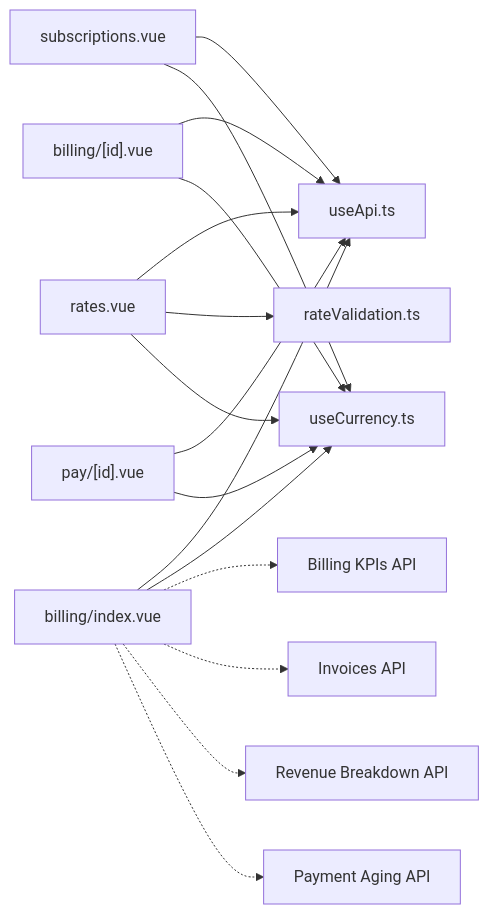
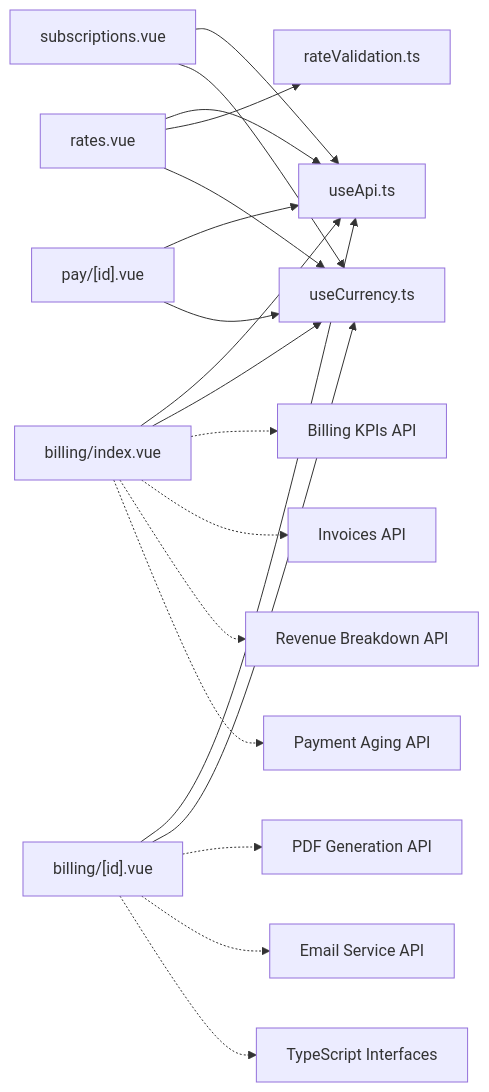
Before and after one commit to Lazynerd-Studios/lacarte-atlas-console: the fourth of 4 diagrams in .qoder/repowiki/en/content/Business Modules/Billing & Subscriptions.md, drawn with Mermaid. The commit also changed other lines of this file and 14 other files, not shown here.

````diff
--- a/.qoder/repowiki/en/content/Business Modules/Billing & Subscriptions.md
+++ b/.qoder/repowiki/en/content/Business Modules/Billing & Subscriptions.md
@@ -319,18 +356,21 @@
 ```mermaid
 graph LR
 SubPlans["subscriptions.vue"] --> Api["useApi.ts"]
 Rates["rates.vue"] --> Api
 Billing["billing/index.vue"] --> Api
 InvoiceDetail["billing/[id].vue"] --> Api
 PayPortal["pay/[id].vue"] --> Api
 Rates --> Validation["rateValidation.ts"]
 SubPlans --> Currency["useCurrency.ts"]
 Rates --> Currency
 Billing --> Currency
 InvoiceDetail --> Currency
 PayPortal --> Currency
 Billing -.-> KPIs["Billing KPIs API"]
 Billing -.-> Invoices["Invoices API"]
 Billing -.-> Revenue["Revenue Breakdown API"]
 Billing -.-> Aging["Payment Aging API"]
+InvoiceDetail -.-> PDF["PDF Generation API"]
+InvoiceDetail -.-> Email["Email Service API"]
+InvoiceDetail -.-> Types["TypeScript Interfaces"]
 ```
````
